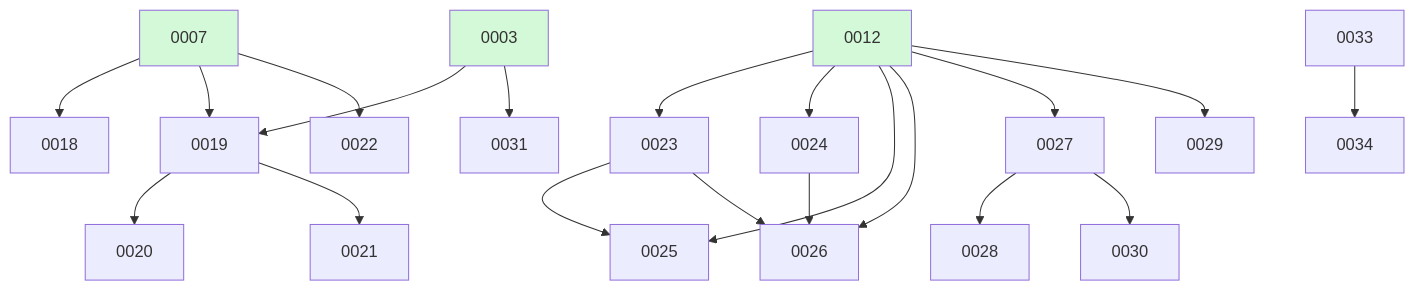
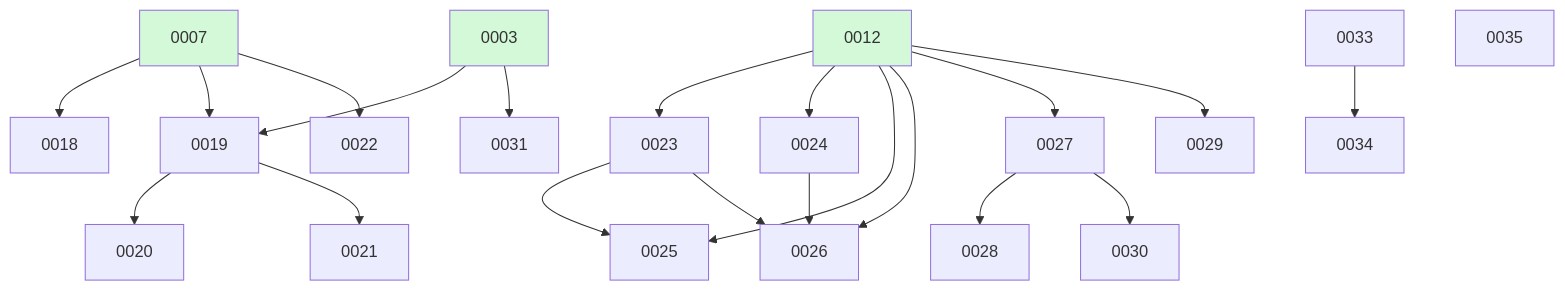
The diagram in docs/changes/BOARD.md (ethanhinson/fuse), drawn with Mermaid before and after one commit. The commit also changed other lines of this file, not shown here.

````diff
--- a/docs/changes/BOARD.md
+++ b/docs/changes/BOARD.md
@@ -26,27 +27,28 @@
 ```mermaid
 graph TD
   0007 --> 0018
   0003 --> 0019
   0007 --> 0019
   0019 --> 0020
   0019 --> 0021
   0007 --> 0022
   0012 --> 0023
   0012 --> 0024
   0012 --> 0025
   0023 --> 0025
   0012 --> 0026
   0023 --> 0026
   0024 --> 0026
   0012 --> 0027
   0027 --> 0028
   0012 --> 0029
   0027 --> 0030
   0003 --> 0031
   0033
   0033 --> 0034
+  0035
   0003:::done
   0007:::done
   0012:::done
   classDef done fill:#d3f9d8;
 ```
````
